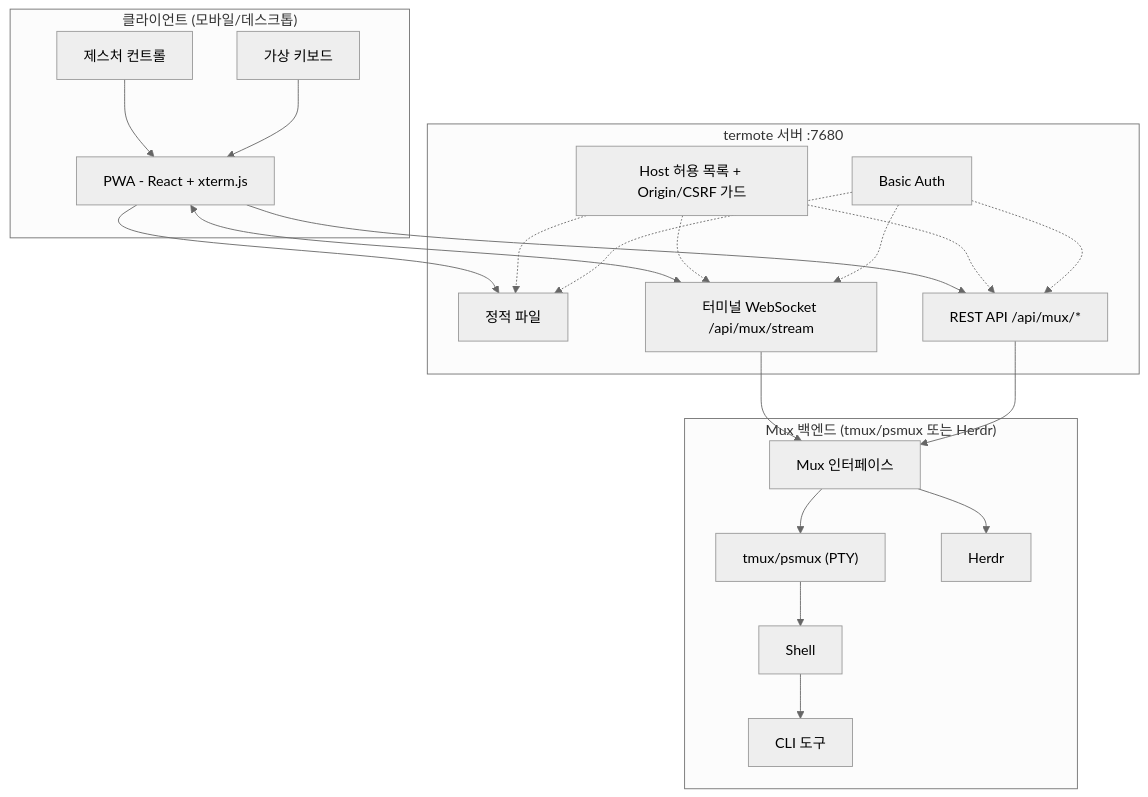
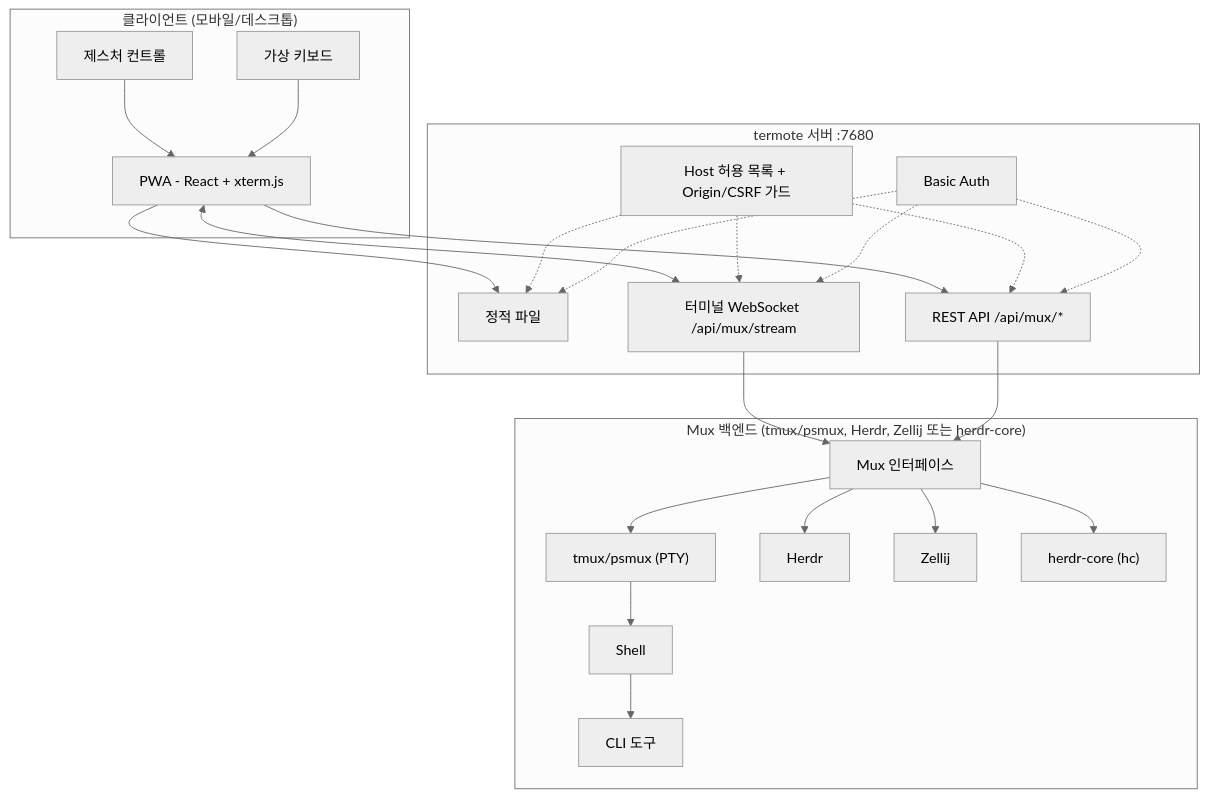
Before and after one commit to lamngockhuong/termote: the first of 2 diagrams in README.ko.md, drawn with Mermaid (neutral theme). The commit also changed other lines of this file and 14 other files, not shown here.

````diff
--- a/README.ko.md
+++ b/README.ko.md
@@ -89,36 +91,38 @@
 ```mermaid
 flowchart TB
     subgraph Client["클라이언트 (모바일/데스크톱)"]
         PWA["PWA - React + xterm.js"]
         Gestures["제스처 컨트롤"]
         Keyboard["가상 키보드"]
     end
 
     subgraph Server["termote 서버 :7680"]
         Static["정적 파일"]
         Stream["터미널 WebSocket /api/mux/stream"]
         API["REST API /api/mux/*"]
         Guard["Host 허용 목록 + Origin/CSRF 가드"]
         Auth["Basic Auth"]
     end
 
-    subgraph Backend["Mux 백엔드 (tmux/psmux 또는 Herdr)"]
+    subgraph Backend["Mux 백엔드 (tmux/psmux, Herdr, Zellij 또는 herdr-core)"]
         Mux["Mux 인터페이스"]
         tmux["tmux/psmux (PTY)"]
         herdr["Herdr"]
+        zellij["Zellij"]
+        hc["herdr-core (hc)"]
         Shell["Shell"]
         Tools["CLI 도구"]
     end
 
     Gestures --> PWA
     Keyboard --> PWA
     PWA --> Static
     PWA <--> Stream
     PWA --> API
     Guard -.-> Static & Stream & API
     Auth -.-> Static & Stream & API
     Stream --> Mux
     API --> Mux
-    Mux --> tmux & herdr
+    Mux --> tmux & herdr & zellij & hc
     tmux --> Shell --> Tools
 ```
````
